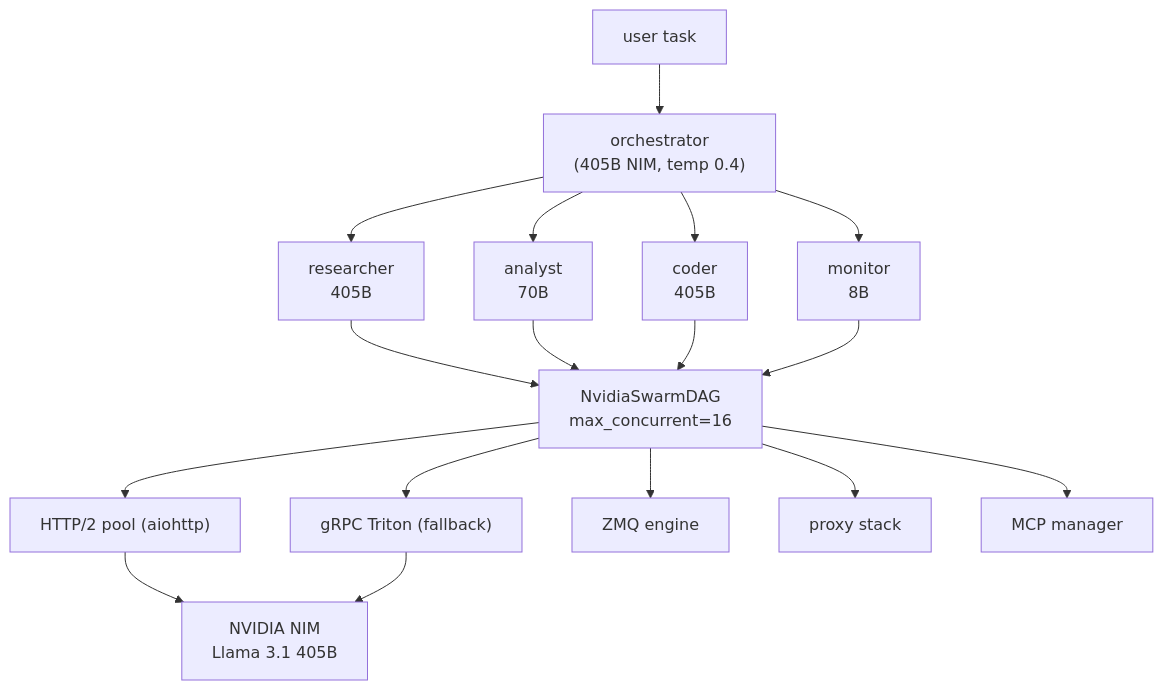
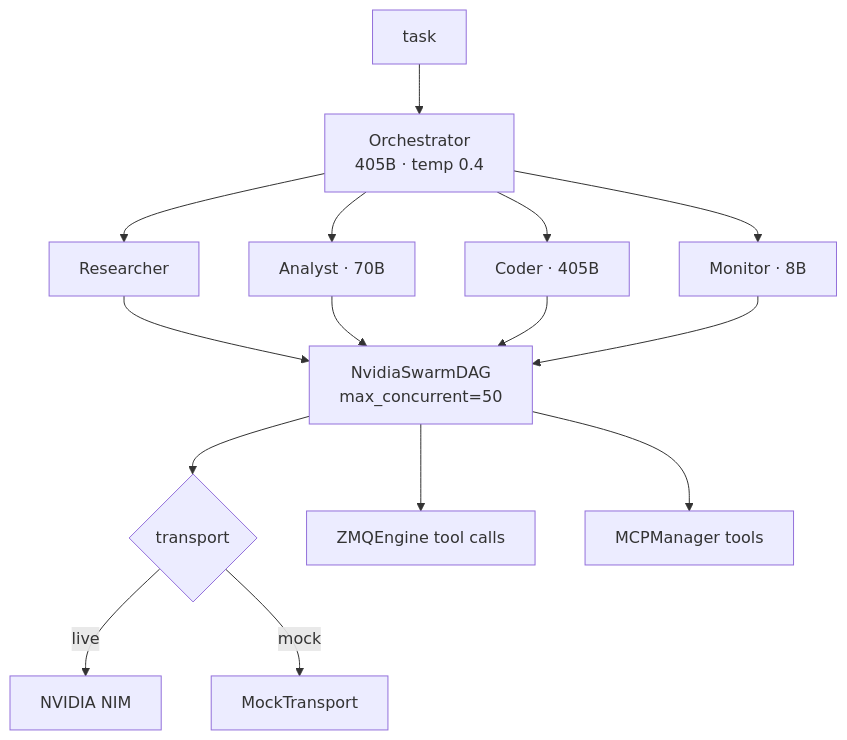
Before and after one commit to toxicwind/nvidia-swarm-lens: the diagram in README.md, drawn with Mermaid. The commit also changed other lines of this file, not shown here.

````diff
--- a/README.md
+++ b/README.md
@@ -32,19 +31,17 @@
 ```mermaid
 flowchart TB
-    U["user task"] --> O["orchestrator<br/>(405B NIM, temp 0.4)"]
-    O --> R["researcher<br/>405B"]
-    O --> A["analyst<br/>70B"]
-    O --> C["coder<br/>405B"]
-    O --> M["monitor<br/>8B"]
-    R --> DAG["NvidiaSwarmDAG<br/>max_concurrent=16"]
-    A --> DAG
-    C --> DAG
-    M --> DAG
-    DAG --> H["HTTP/2 pool (aiohttp)"]
-    DAG --> G["gRPC Triton (fallback)"]
-    H --> N["NVIDIA NIM<br/>Llama 3.1 405B"]
-    G --> N
-    DAG --> Z["ZMQ engine"]
-    DAG --> P["proxy stack"]
-    DAG --> MC["MCP manager"]
+    T[task] --> O[Orchestrator<br/>405B · temp 0.4]
+    O --> R[Researcher]
+    O --> A[Analyst · 70B]
+    O --> C[Coder · 405B]
+    O --> M[Monitor · 8B]
+    R --> D[NvidiaSwarmDAG<br/>max_concurrent=50]
+    A --> D
+    C --> D
+    M --> D
+    D --> TR{transport}
+    TR -->|live| NIM[NVIDIA NIM]
+    TR -->|mock| MK[MockTransport]
+    D --> Z[ZMQEngine tool calls]
+    D --> P[MCPManager tools]
 ```
````
